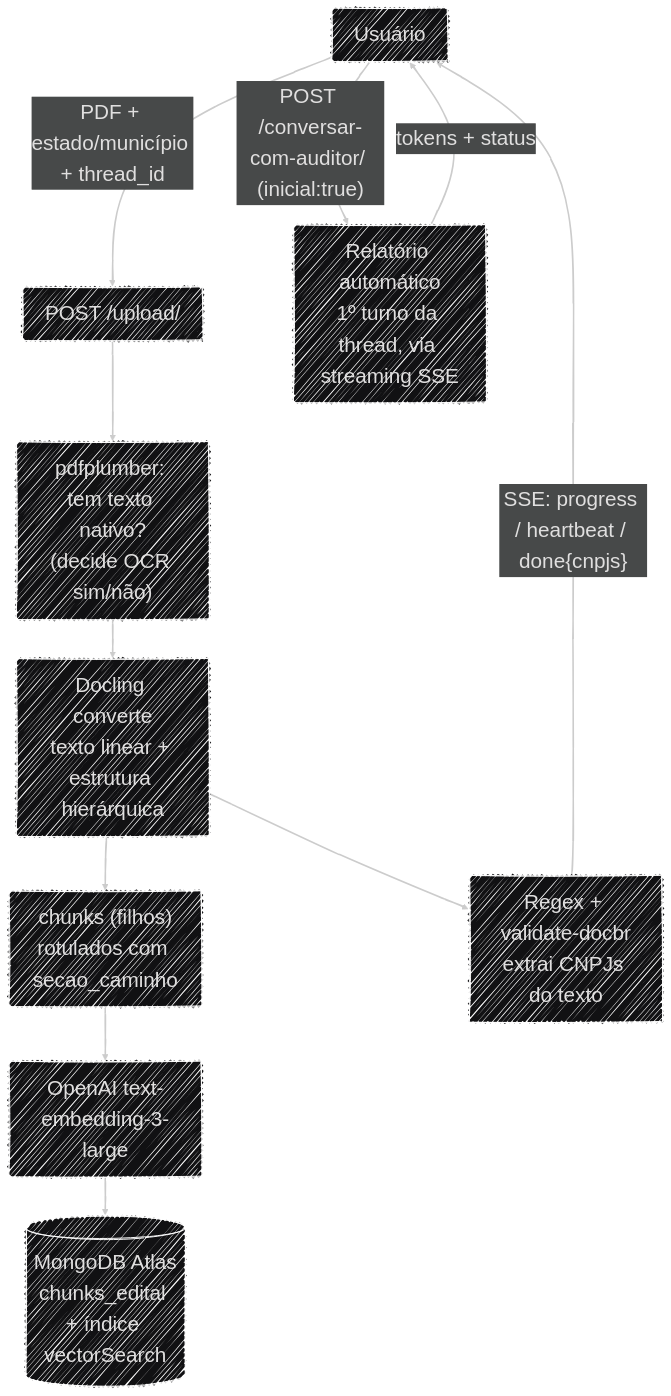
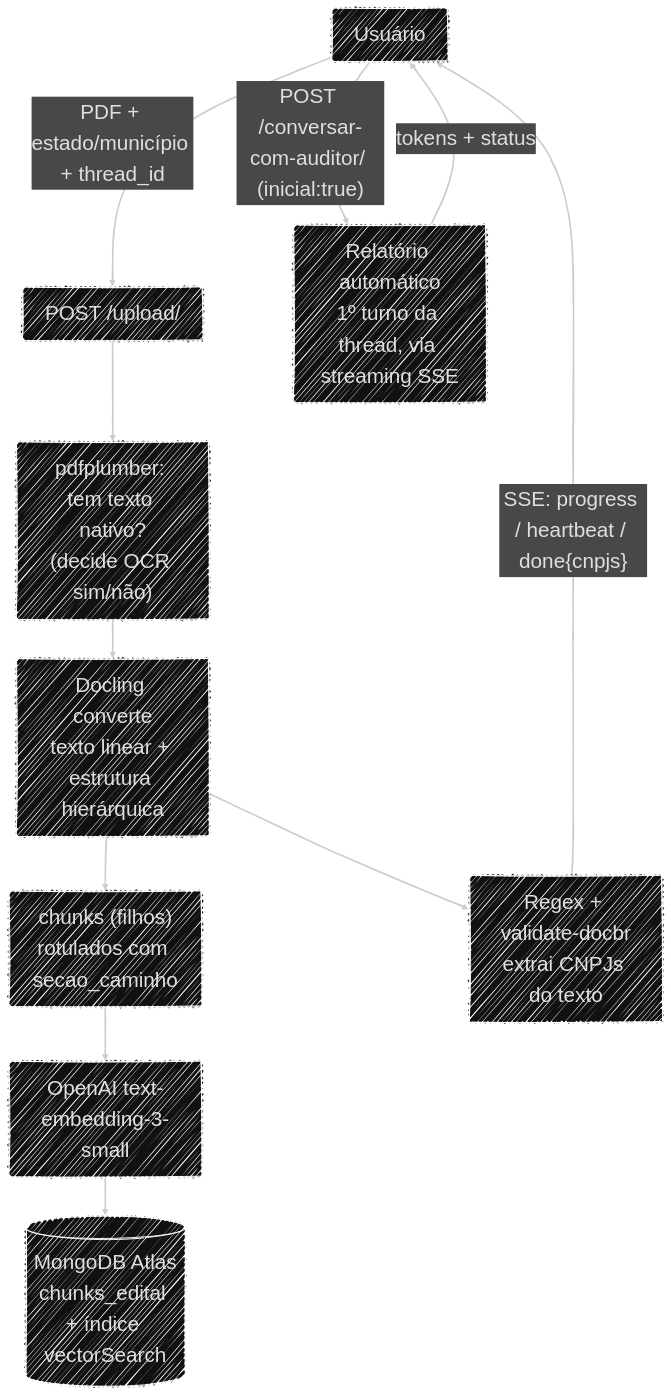
One commit to Moreira-89/auditor-cidadao changed the first of 3 diagrams in docs/arquitetura/fluxo_dados.md. Above: the diagram before and after it, drawn with Mermaid. The commit also changed 2 other files, not shown here.

Commit message:
docs(arquitetura): corrige divergências entre docs e código
- anatomia_de_um_turno.md: caminho do frontend corrigido para
  frontend/src/chat/chatLogic.js (a doc citava um frontend/js/chat.js
  inexistente); API_BASE não é URL relativa, é configurável via
  VITE_API_BASE_URL e a chamada é cross-site (credentials: 'include');
  tag <PROMPT_USUARIO> corrigida (doc citava <PERGUNTA>); números de
  linha desatualizados em main.py, dependencies.py, rate_limiter.py e
  sancoes.py ajustados para o código atual.
- visao_geral.md e anatomia_de_um_turno.md: nota sobre rejeição de
  tool_calls pendentes não fala mais como se o provider fosse
  literalmente OpenAI — hoje é a Maritaca (via API compatível).
- fluxo_dados.md: modelo de embedding no diagrama corrigido para
  text-embedding-3-small (era text-embedding-3-large no diagrama,
  divergindo do default real em settings.py).

````diff
--- a/docs/arquitetura/fluxo_dados.md
+++ b/docs/arquitetura/fluxo_dados.md
@@ -8,23 +8,23 @@
 ```mermaid
 ---
 config:
   layout: dagre
   theme: redux-dark
   look: handDrawn
   fontFamily: '''Source Code Pro Variable'', monospace'
   themeVariables:
     fontFamily: '''Source Code Pro Variable'', monospace'
     fontSize: '28px'
 ---
 flowchart TB
     U["Usuário"] -->|"PDF + estado/município + thread_id"| UP["POST /upload/"]
     UP --> CHECK["pdfplumber: tem texto nativo?<br>(decide OCR sim/não)"]
     CHECK --> PDF["Docling converte<br>texto linear + estrutura hierárquica"]
     PDF --> FIL["chunks (filhos)<br>rotulados com secao_caminho"]
-    FIL --> EMB["OpenAI text-embedding-3-large"]
+    FIL --> EMB["OpenAI text-embedding-3-small"]
     EMB --> MG[("MongoDB Atlas<br>chunks_edital + índice vectorSearch")]
     PDF --> CNPJ["Regex + validate-docbr<br>extrai CNPJs do texto"]
     CNPJ -->|"SSE: progress / heartbeat / done{cnpjs}"| U
     U -->|"POST /conversar-com-auditor/ (inicial:true)"| REL["Relatório automático<br>1º turno da thread, via streaming SSE"]
     REL -->|"tokens + status"| U
 ```
````
